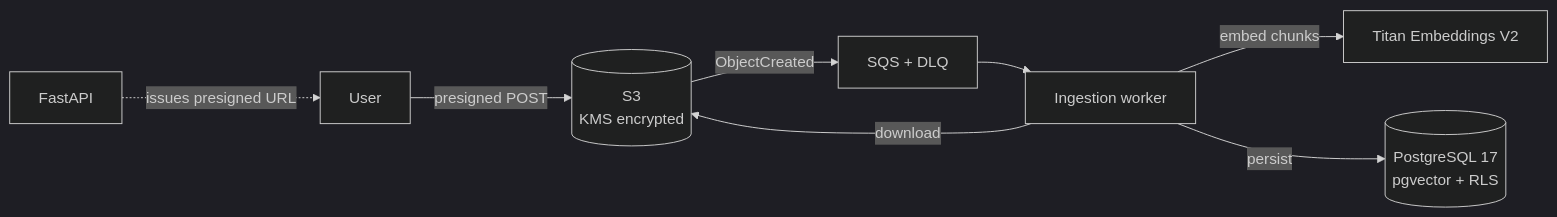
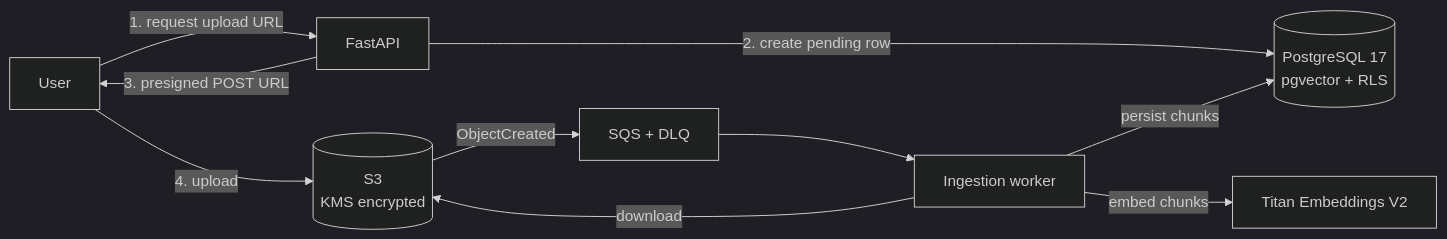
One commit to FaroukRouatbi/documind-ai changed the first of 2 diagrams in README.md. Above: the diagram before and after it, drawn with Mermaid (dark theme). The commit also changed other lines of this file, not shown here.

Commit message:
docs: correct ingestion and query flow diagrams

````diff
--- a/README.md
+++ b/README.md
@@ -29,10 +29,12 @@
 ```mermaid
 flowchart LR
-    U[User] -->|presigned POST| S3[(S3<br/>KMS encrypted)]
-    API[FastAPI] -.->|issues presigned URL| U
+    U[User] -->|1. request upload URL| API[FastAPI]
+    API -->|2. create pending row| RDS[(PostgreSQL 17<br/>pgvector + RLS)]
+    API -->|3. presigned POST URL| U
+    U -->|4. upload| S3[(S3<br/>KMS encrypted)]
     S3 -->|ObjectCreated| SQS[SQS + DLQ]
     SQS --> WRK[Ingestion worker]
     WRK -->|download| S3
     WRK -->|embed chunks| TITAN[Titan Embeddings V2]
-    WRK -->|persist| RDS[(PostgreSQL 17<br/>pgvector + RLS)]
+    WRK -->|persist chunks| RDS
 ```
````
